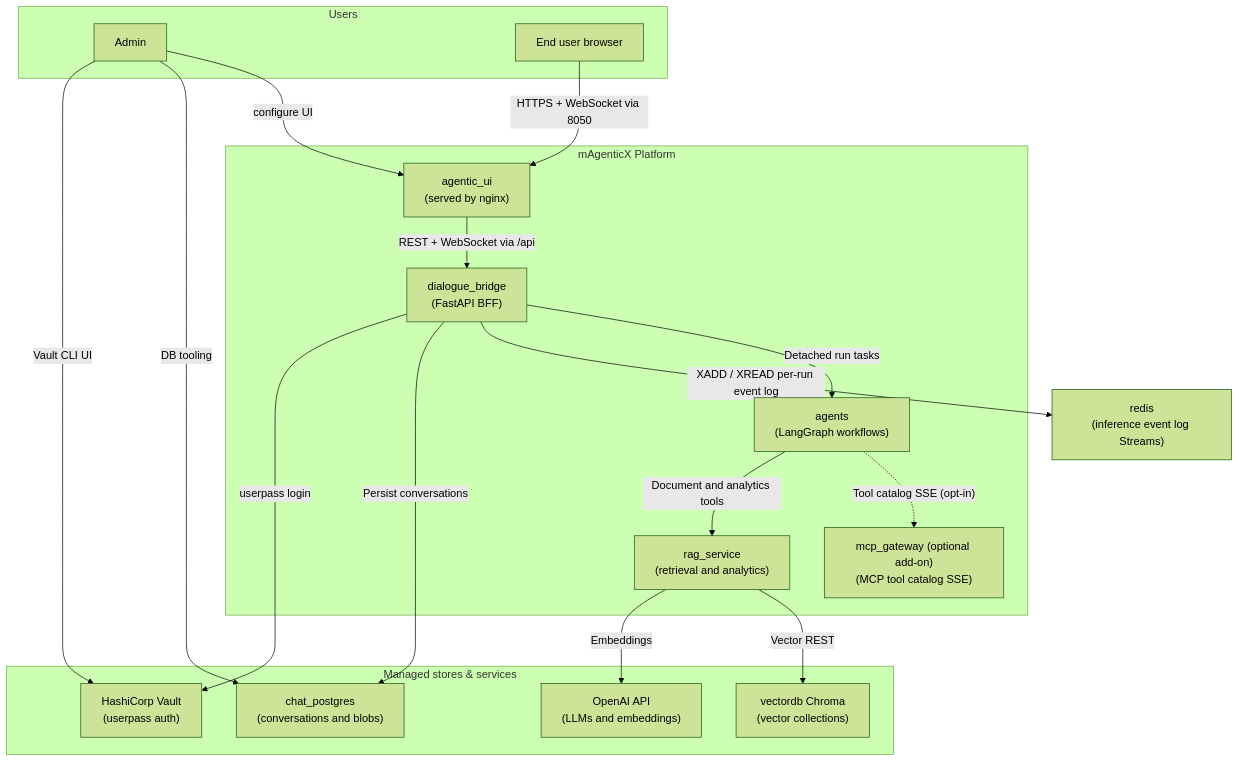
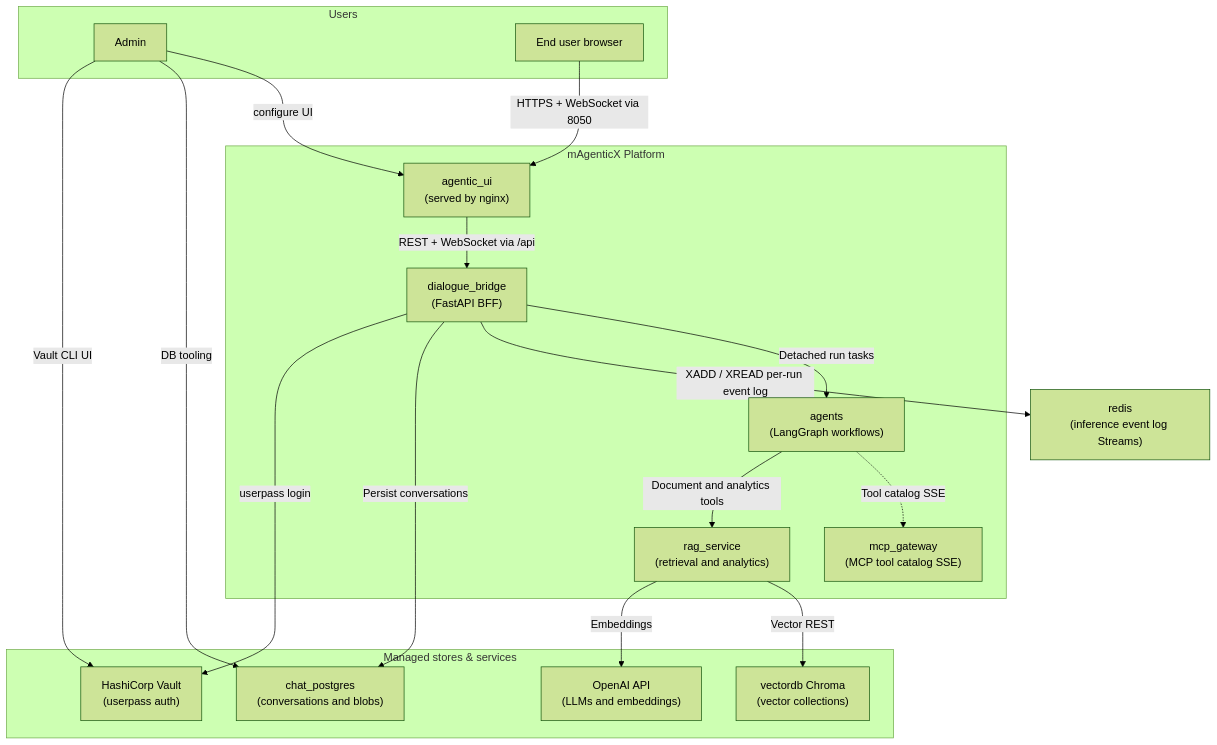
One commit to konstantinosmpouros/mAgenticX changed the first of 9 diagrams in README.md. Above: the diagram before and after it, drawn with Mermaid (forest theme). The commit also changed other lines of this file and 17 other files, not shown here.

Commit message:
chore(deploy,docs): merge the MCP gateway into the core local stack, no host port and on by default; Dennis keeps it as plain Compose in /opt/magenticx/mcp_gateway with a fixed project name

````diff
--- a/README.md
+++ b/README.md
@@ -18,36 +18,36 @@
 ```mermaid
 flowchart TB
     subgraph Users["Users"]
         Admin["Admin"]
         Browser["End user browser"]
     end
 
     subgraph Platform["mAgenticX Platform"]
         UI["agentic_ui<br/>(served by nginx)"]
         Bridge["dialogue_bridge<br/>(FastAPI BFF)"]
         Agents["agents<br/>(LangGraph workflows)"]
-        MCP["mcp_gateway (optional add-on)<br/>(MCP tool catalog SSE)"]
+        MCP["mcp_gateway<br/>(MCP tool catalog SSE)"]
         RAG["rag_service<br/>(retrieval and analytics)"]
     end
 
     subgraph Stores["Managed stores & services"]
         PG["chat_postgres<br/>(conversations and blobs)"]
         Vault["HashiCorp Vault<br/>(userpass auth)"]
         Chroma["vectordb Chroma<br/>(vector collections)"]
         OpenAI["OpenAI API<br/>(LLMs and embeddings)"]
     end
 
     Admin -->|"configure UI"| UI
     Browser -->|"HTTPS + WebSocket via 8050"| UI
     UI -->|"REST + WebSocket via /api"| Bridge
     Bridge -->|"Detached run tasks"| Agents
     Bridge -->|"XADD / XREAD per-run event log"| Redis["redis<br/>(inference event log Streams)"]
-    Agents -.->|"Tool catalog SSE (opt-in)"| MCP
+    Agents -.->|"Tool catalog SSE"| MCP
     Bridge -->|"Persist conversations"| PG
     Bridge -->|"userpass login"| Vault
     Agents -->|"Document and analytics tools"| RAG
     RAG -->|"Vector REST"| Chroma
     RAG -->|"Embeddings"| OpenAI
     Admin -->|"DB tooling"| PG
     Admin -->|"Vault CLI UI"| Vault
 ```
````
